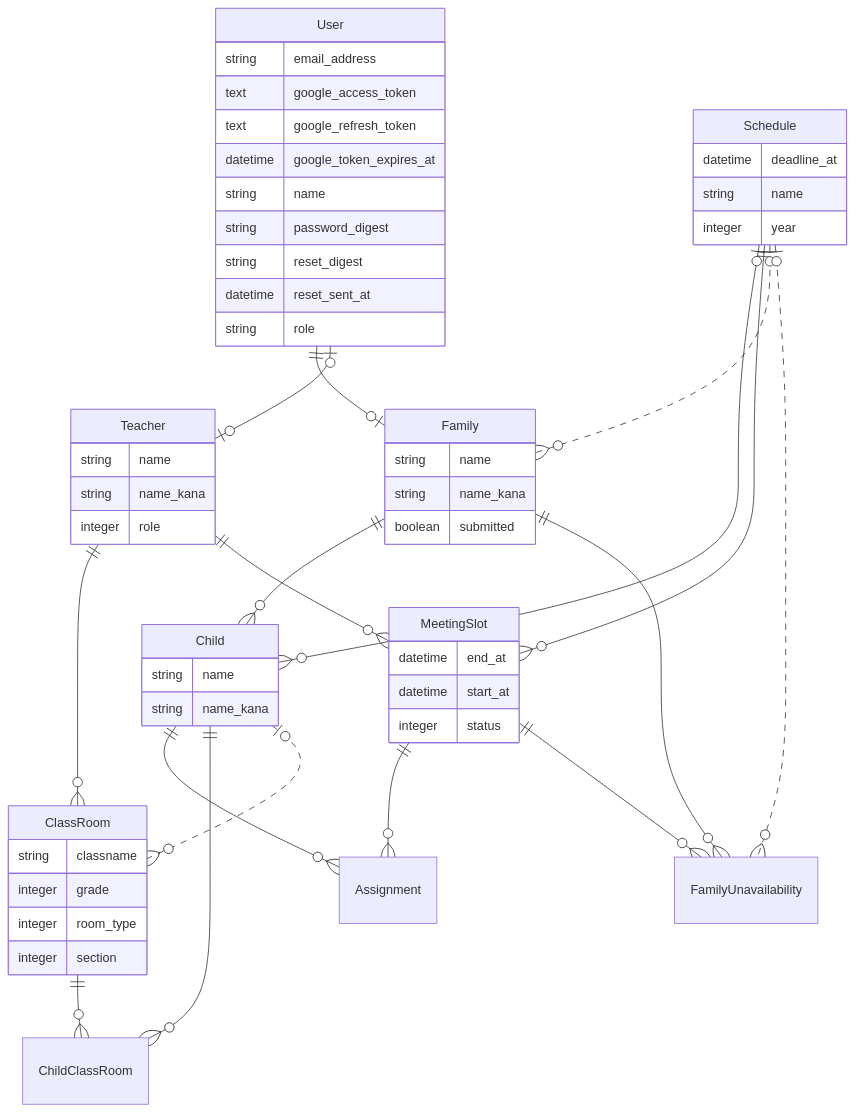
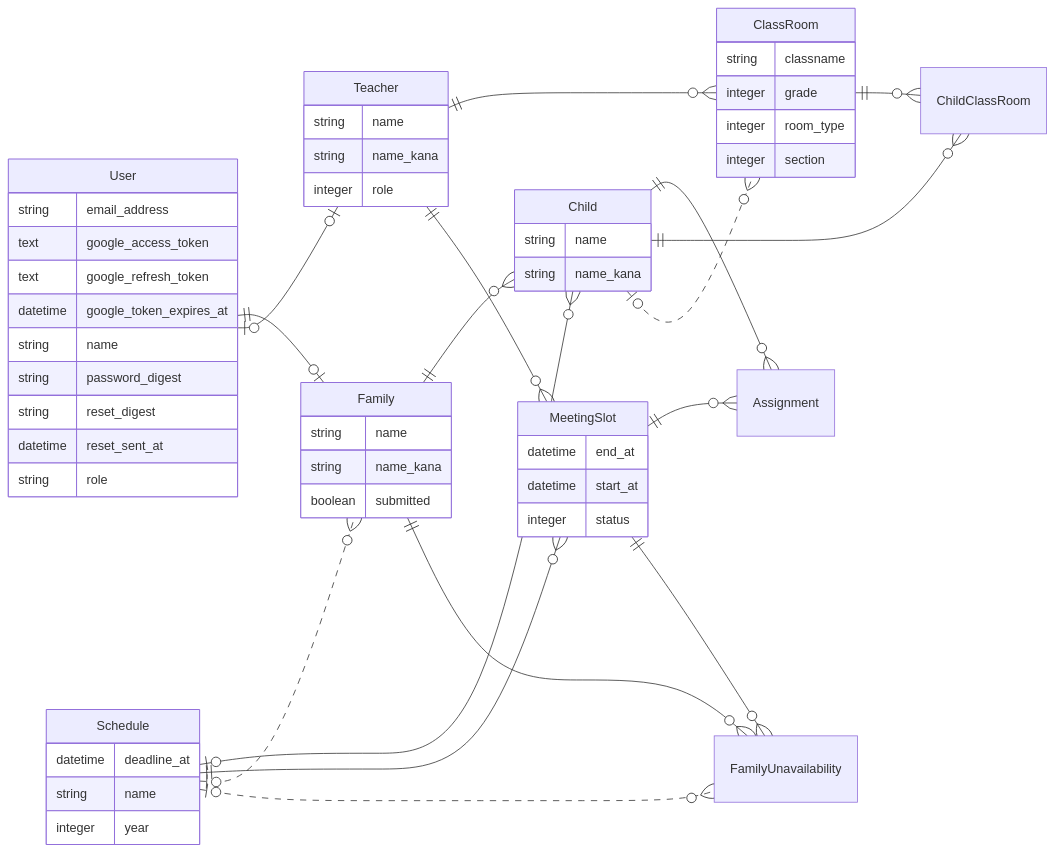
The diagram in README.md (yasuhiro-dev/tsunagu), drawn with Mermaid before and after one commit.

Commit message:
上下に配置したのを左右にER図が配置されるように変更

````diff
--- a/README.md
+++ b/README.md
@@ -150,67 +150,67 @@
 ```mermaid
 erDiagram
-direction TB
+direction LR
 Assignment {
 }
 Child {
 string name
 string name_kana
 }
 ChildClassRoom {
 }
 ClassRoom {
 string classname
 integer grade
 integer room_type
 integer section
 }
 Family {
 string name
 string name_kana
 boolean submitted
 }
 FamilyUnavailability {
 }
 MeetingSlot {
 datetime end_at
 datetime start_at
 integer status
 }
 Schedule {
 datetime deadline_at
 string name
 integer year
 }
 Teacher {
 string name
 string name_kana
 integer role
 }
 User {
 string email_address
 text google_access_token
 text google_refresh_token
 datetime google_token_expires_at
 string name
 string password_digest
 string reset_digest
 datetime reset_sent_at
 string role
 }
 Child ||--}o Assignment : ""
 MeetingSlot ||--}o Assignment : ""
 Family ||--}o Child : ""
 Schedule o|--}o Child : ""
 Child ||--}o ChildClassRoom : ""
 Child o|..}o ClassRoom : ""
 ClassRoom ||--}o ChildClassRoom : ""
 Teacher ||--}o ClassRoom : ""
 Family ||--}o FamilyUnavailability : ""
 User ||--|o Family : ""
 MeetingSlot ||--}o FamilyUnavailability : ""
 Teacher ||--}o MeetingSlot : ""
 Schedule ||--}o MeetingSlot : ""
 Schedule o|..}o Family : ""
 Schedule o|..}o FamilyUnavailability : ""
 User o|--|o Teacher : ""
 ```
````
